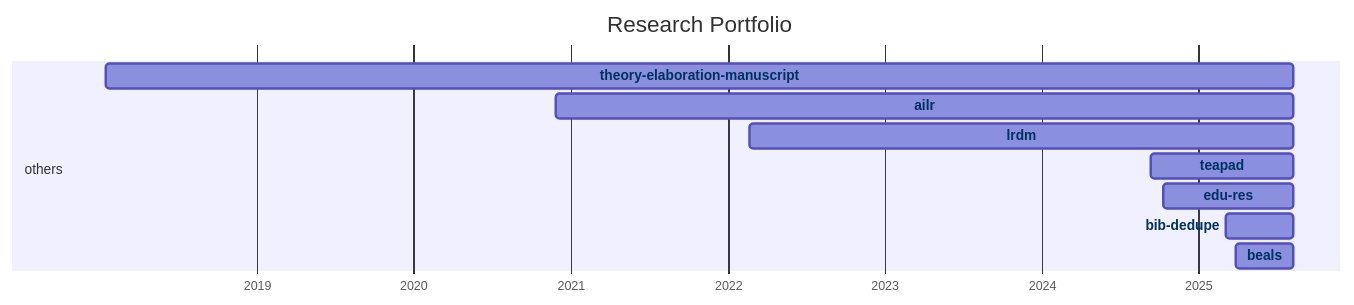
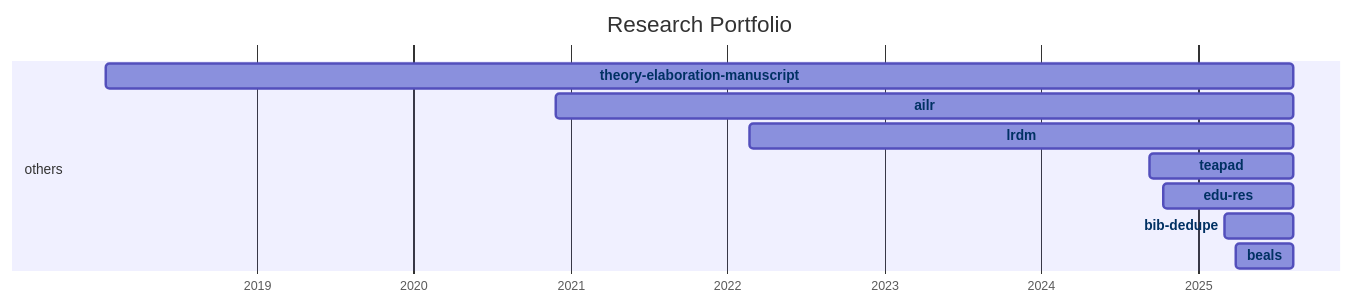
One commit to digital-work-lab/handbook changed the diagram in docs/20-research/25-projects-gantt.md. Above: the diagram before and after it, drawn with Mermaid.

Commit message:
Update repository overview

````diff
--- a/docs/20-research/25-projects-gantt.md
+++ b/docs/20-research/25-projects-gantt.md
@@ -8,33 +8,33 @@
 ```mermaid
 ---
 displayMode: compact
 ---
 gantt
 title Research Portfolio
 dateFormat YYYY-MM-DD
 axisFormat %Y
 
     section work_practices
 
     section distributed_organizing
 
     section knowledge_synthesis
 
     section others
-        beals :beals, 2025-03-28, 2025-08-09
-        bib-dedupe :bib-dedupe, 2025-03-04, 2025-08-09
-        edu-res :edu-res, 2024-10-10, 2025-08-09
-        teapad :teapad, 2024-09-10, 2025-08-09
-        lrdm :lrdm, 2022-02-20, 2025-08-09
-        ailr :ailr, 2020-11-26, 2025-08-09
-        theory-elaboration-manuscript :theory-elaboration-manuscript, 2018-01-15, 2025-08-09
+        beals :beals, 2025-03-28, 2025-08-10
+        bib-dedupe :bib-dedupe, 2025-03-04, 2025-08-10
+        edu-res :edu-res, 2024-10-10, 2025-08-10
+        teapad :teapad, 2024-09-10, 2025-08-10
+        lrdm :lrdm, 2022-02-20, 2025-08-10
+        ailr :ailr, 2020-11-26, 2025-08-10
+        theory-elaboration-manuscript :theory-elaboration-manuscript, 2018-01-15, 2025-08-10
 
 
     click beals href "{{ site.baseurl }}/docs/10-lab/18-resources/beals.html"
     click bib-dedupe href "{{ site.baseurl }}/docs/10-lab/18-resources/bib-dedupe.html"
     click edu-res href "{{ site.baseurl }}/docs/10-lab/18-resources/edu-res.html"
     click teapad href "{{ site.baseurl }}/docs/10-lab/18-resources/teapad.html"
     click lrdm href "{{ site.baseurl }}/docs/10-lab/18-resources/lrdm.html"
     click ailr href "{{ site.baseurl }}/docs/10-lab/18-resources/ailr.html"
     click theory-elaboration-manuscript href "{{ site.baseurl }}/docs/10-lab/18-resources/theory-elaboration-manuscript.html"
 ```
````
